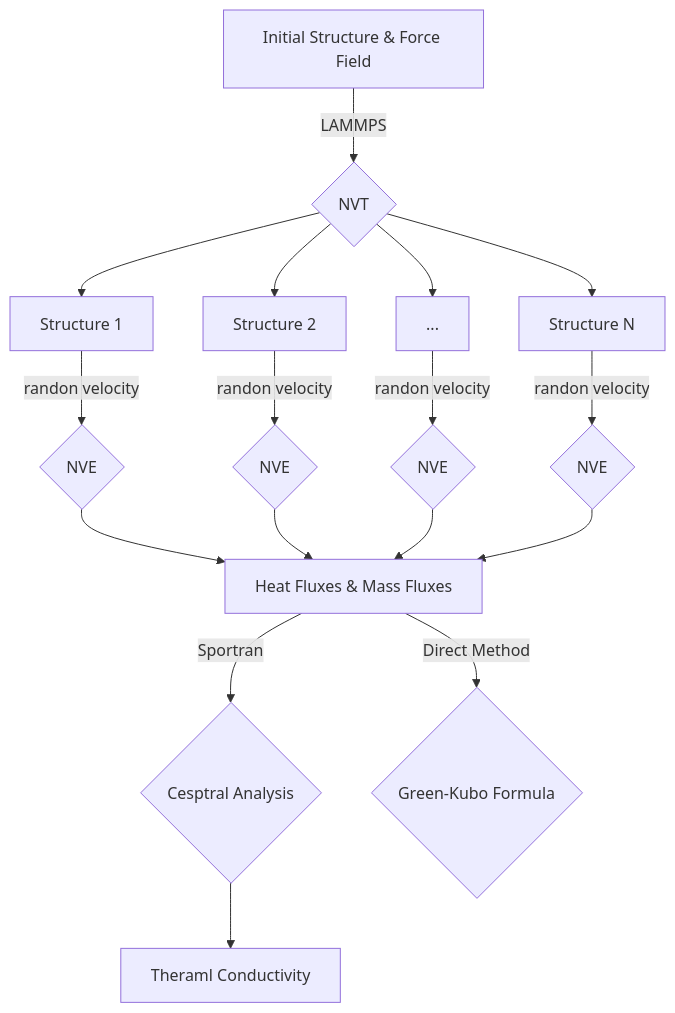
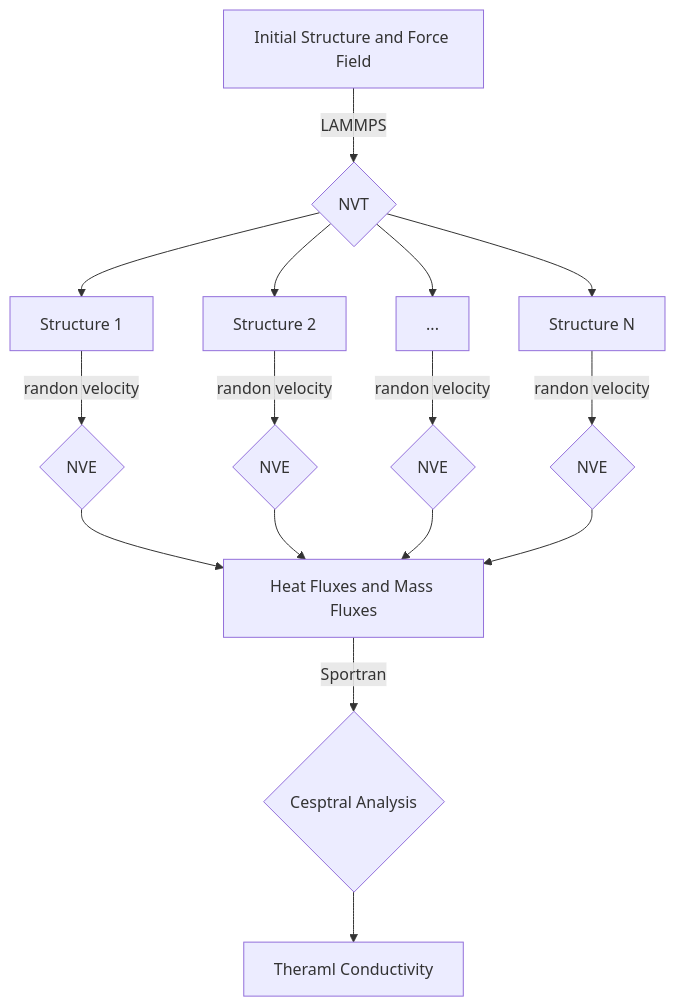
Before and after one commit to gdbhcxhmjk-z/ThermalConductivity-Workflow: the first of 2 diagrams in README.md, drawn with Mermaid. The commit also changed other lines of this file, not shown here.

````diff
--- a/README.md
+++ b/README.md
@@ -39,19 +39,18 @@
 ```mermaid
 graph TD
-A[Initial Structure & Force Field] -->|LAMMPS| B{NVT}
+A[Initial Structure and Force Field] -->|LAMMPS| B{NVT}
 B --> C[Structure 1]
 B --> D[Structure 2]
 B --> E[...]
 B --> F[Structure N]
 C -->|randon velocity| C1{NVE}
 D -->|randon velocity| D1{NVE}
 E -->|randon velocity| E1{NVE}
 F -->|randon velocity| F1{NVE}
-C1 --> G[Heat Fluxes & Mass Fluxes]
-D1 --> G[Heat Fluxes & Mass Fluxes]
-E1 --> G[Heat Fluxes & Mass Fluxes]
-F1 --> G[Heat Fluxes & Mass Fluxes]
+C1 --> G[Heat Fluxes and Mass Fluxes]
+D1 --> G[Heat Fluxes and Mass Fluxes]
+E1 --> G[Heat Fluxes and Mass Fluxes]
+F1 --> G[Heat Fluxes and Mass Fluxes]
 G -->|Sportran| H{Cesptral Analysis}
-G --> |Direct Method| J{Green-Kubo Formula}
 H --> I[Theraml Conductivity]
 ```
````
